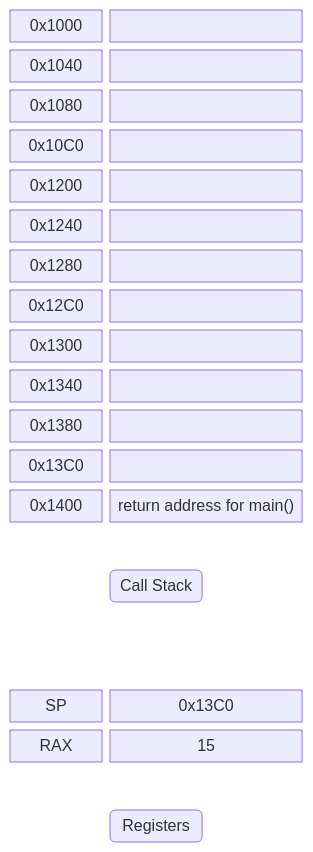
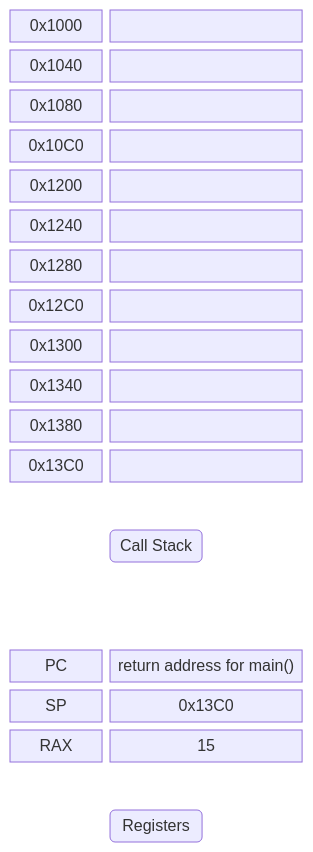
Before and after one commit to GlennVL-AP/cpp-programming-slides: diagram 19 of 19 in slides/session_6/index.md, drawn with Mermaid. The commit also changed other lines of this file, not shown here.

````diff
--- a/slides/session_6/index.md
+++ b/slides/session_6/index.md
@@ -1616,40 +1993,40 @@
 ```mermaid
 block-beta
   columns 3
   addr1["0x1000"]:1
   frame1[" "]:2
   addr2["0x1040"]:1
   frame2[" "]:2
   addr3["0x1080"]:1
   frame3[" "]:2
   addr4["0x10C0"]:1
   frame4[" "]:2
   addr5["0x1200"]:1
   frame5[" "]:2
   addr6["0x1240"]:1
   frame6[" "]:2
   addr7["0x1280"]:1
   frame7[" "]:2
   addr8["0x12C0"]:1
   frame8[" "]:2
   addr9["0x1300"]:1
   frame9[" "]:2
   addr10["0x1340"]:1
   frame10[" "]:2
   addr11["0x1380"]:1
   frame11[" "]:2
   addr12["0x13C0"]:1
   frame12[" "]:2
-  addr13["0x1400"]:1
-  frame13["return address for main()"]:2
   space:3
   space callstack("Call Stack") space
   space:3
   space:3
-  reg1["SP"]:1
-  regval1["0x13C0"]:2
-  reg2["RAX"]:1
-  regval2["15"]:2
+  reg1["PC"]:1
+  regval1["return address for main()"]:2
+  reg2["SP"]:1
+  regval2["0x13C0"]:2
+  reg3["RAX"]:1
+  regval3["15"]:2
   space:3
   space registers("Registers") space
 ```
````
